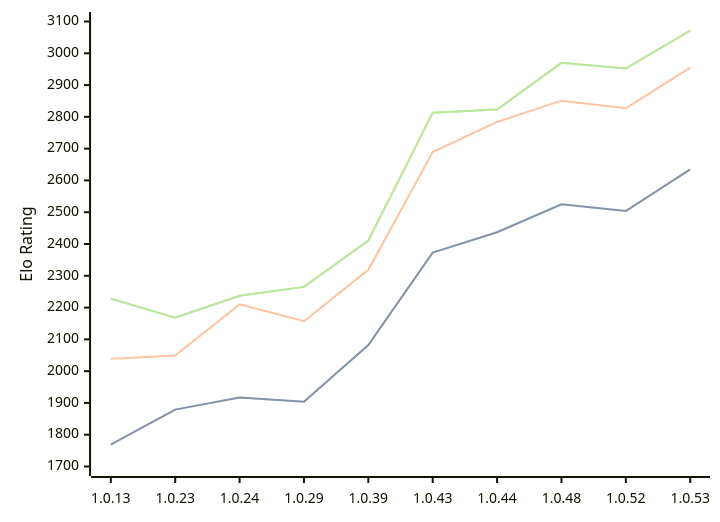
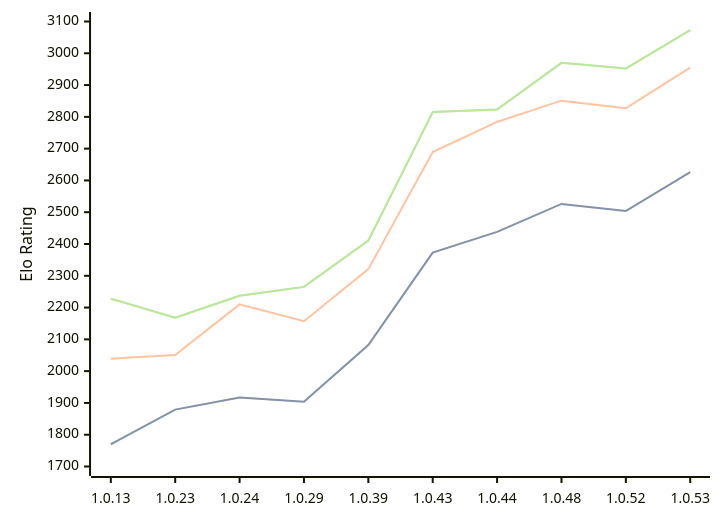
Before and after one commit to computer-chess-index/cci: the diagram in engines/RustyRival.md, drawn with Mermaid. The commit also changed other lines of this file, not shown here.

Commit message:
Update CCI Ratings (ELO VLTC) - 2026-08-25

````diff
--- a/engines/RustyRival.md
+++ b/engines/RustyRival.md
@@ -54,11 +54,11 @@
 ```mermaid
 %%{init: {"theme":"base","themeVariables":{"seriesColors:['#a3a3a3','#222221','#faa371']}}}%%
 xychart-beta
   x-axis ["1.0.13", "1.0.23", "1.0.24", "1.0.29", "1.0.39", "1.0.43", "1.0.44", "1.0.48", "1.0.52", "1.0.53"]
   y-axis "Elo Rating" 1700 --> 3100
-  line "STC (8.0+0.08s)" [1769, 1879, 1917, 1904, 2082, 2373, 2437, 2525, 2504, 2635]
-  line "STC (8.0+0.08s)" [1769, 1879, 1917, 1904, 2082, 2373, 2437, 2525, 2504, 2635]
-  line "LTC (60.0+0.60s)" [2039, 2049, 2210, 2157, 2319, 2689, 2784, 2851, 2827, 2955]
-  line "VLTC (2m24s+1.12s)" [2228, 2168, 2237, 2265, 2411, 2813, 2823, 2970, 2952, 3071]
-  line "VLTC (2m24s+1.12s)" [2228, 2168, 2237, 2265, 2411, 2813, 2823, 2970, 2952, 3071]
+  line "STC (8.0+0.08s)" [1770, 1879, 1917, 1904, 2082, 2373, 2438, 2526, 2504, 2626]
+  line "STC (8.0+0.08s)" [1770, 1879, 1917, 1904, 2082, 2373, 2438, 2526, 2504, 2626]
+  line "LTC (60.0+0.60s)" [2039, 2051, 2210, 2157, 2321, 2689, 2784, 2851, 2827, 2955]
+  line "VLTC (2m24s+1.12s)" [2228, 2168, 2237, 2265, 2411, 2815, 2823, 2970, 2952, 3073]
+  line "VLTC (2m24s+1.12s)" [2228, 2168, 2237, 2265, 2411, 2815, 2823, 2970, 2952, 3073]
 ```
````
